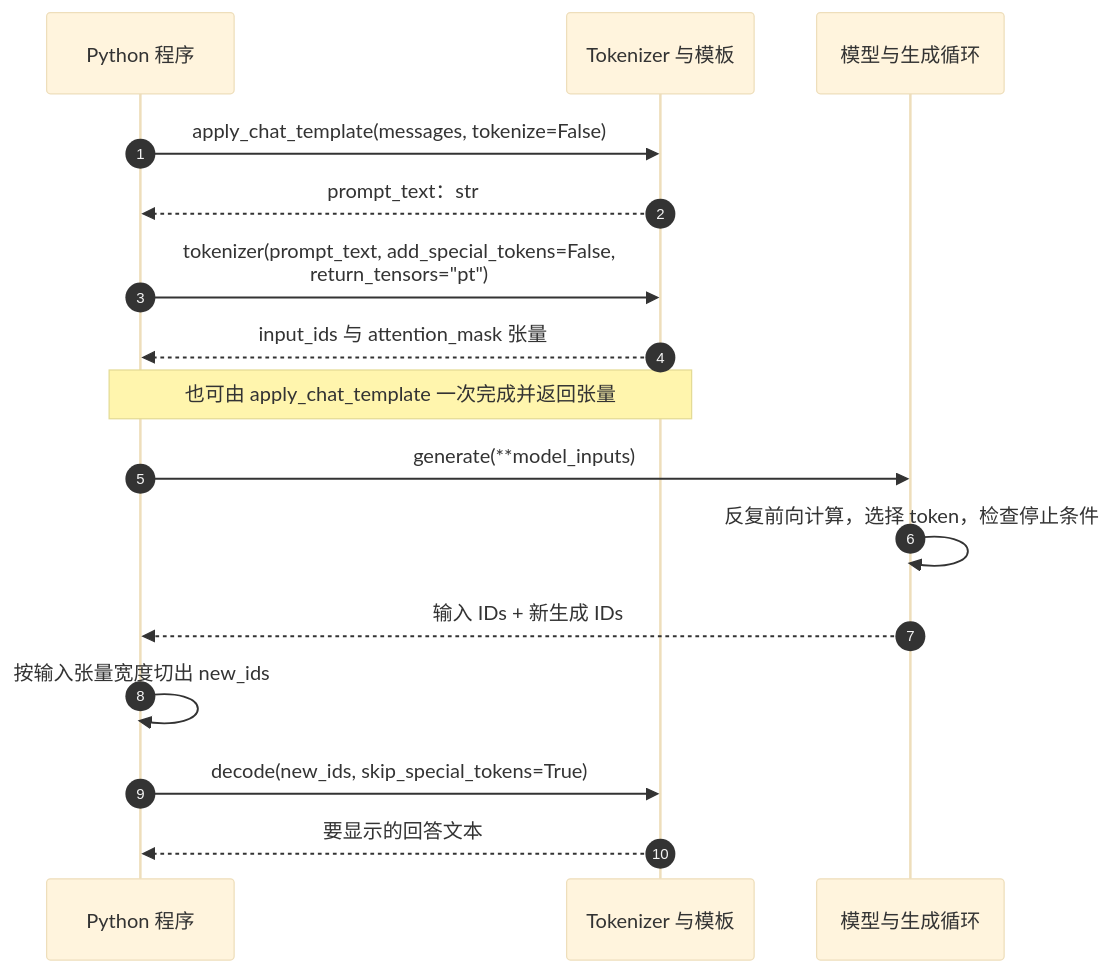
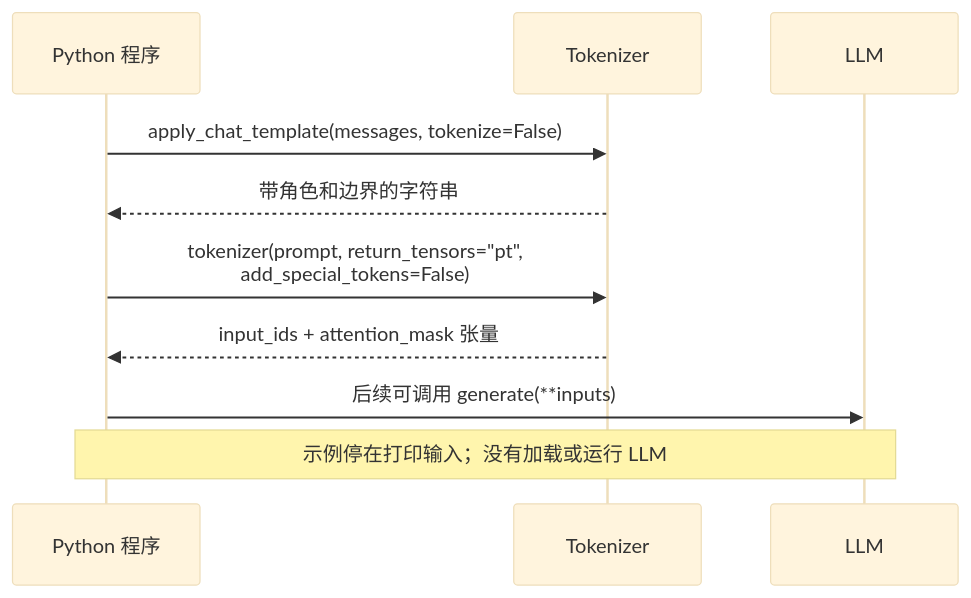
One commit to puppylpg/puppylpg.github.io changed the diagram in _posts/2026-10-19-transformers-direct-chat-template-tokenizer.md. Above: the diagram before and after it, drawn with Mermaid (base theme). The commit also changed other lines of this file and 3 other files, not shown here.

````diff
--- a/_posts/2026-10-19-transformers-direct-chat-template-tokenizer.md
+++ b/_posts/2026-10-19-transformers-direct-chat-template-tokenizer.md
@@ -393,18 +145,12 @@
 ```mermaid
 sequenceDiagram
-    autonumber
     participant P as Python 程序
-    participant T as Tokenizer 与模板
-    participant M as 模型与生成循环
+    participant T as Tokenizer
+    participant M as LLM
     P->>T: apply_chat_template(messages, tokenize=False)
-    T-->>P: prompt_text：str
-    P->>T: tokenizer(prompt_text, add_special_tokens=False,<br/>return_tensors="pt")
-    T-->>P: input_ids 与 attention_mask 张量
-    Note over P,T: 也可由 apply_chat_template 一次完成并返回张量
-    P->>M: generate(**model_inputs)
-    M->>M: 反复前向计算，选择 token，检查停止条件
-    M-->>P: 输入 IDs + 新生成 IDs
-    P->>P: 按输入张量宽度切出 new_ids
-    P->>T: decode(new_ids, skip_special_tokens=True)
-    T-->>P: 要显示的回答文本
+    T-->>P: 带角色和边界的字符串
+    P->>T: tokenizer(prompt, return_tensors="pt",<br/>add_special_tokens=False)
+    T-->>P: input_ids + attention_mask 张量
+    P->>M: 后续可调用 generate(**inputs)
+    Note over P,M: 示例停在打印输入；没有加载或运行 LLM
 ```
````
